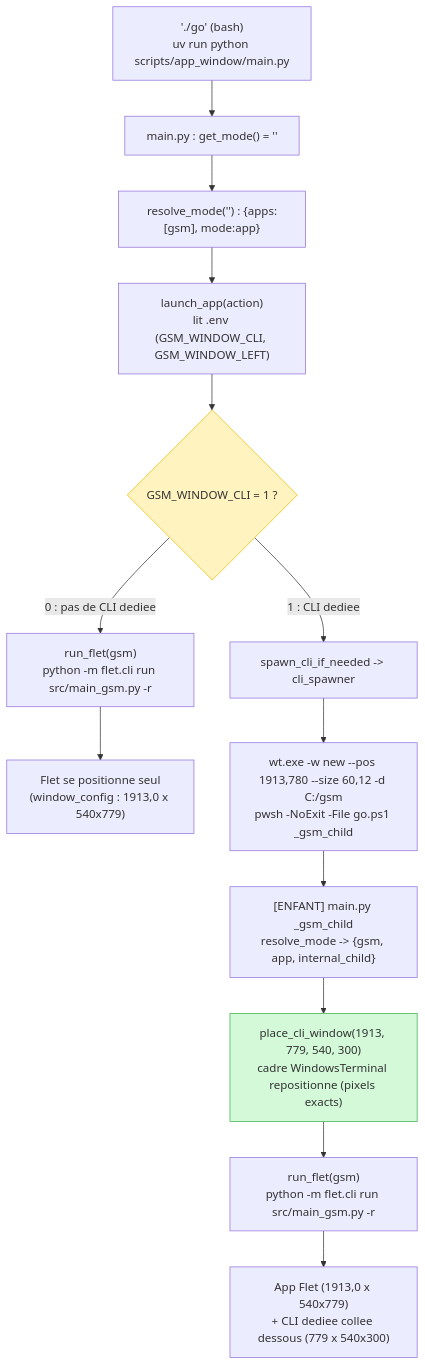
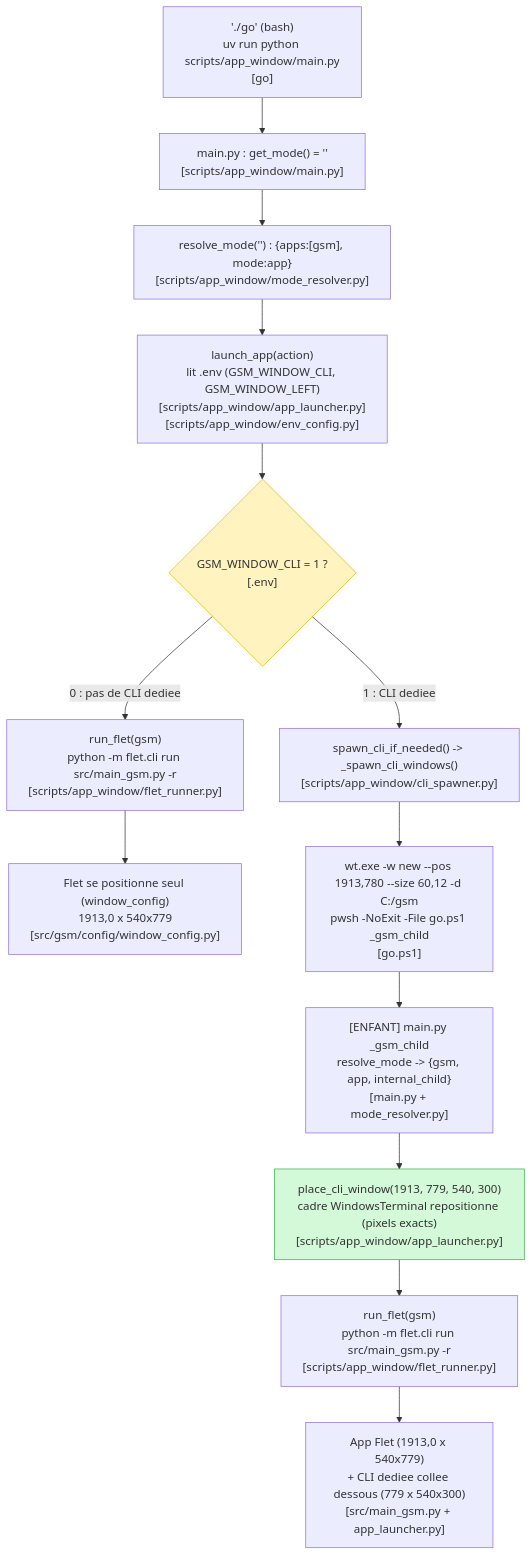
The diagram in scripts/app_window/ORGA.md (GrCOTE7/gsm), drawn with Mermaid before and after one commit. The commit also changed other lines of this file, not shown here.

Commit message:
↑ ORGA

````diff
--- a/scripts/app_window/ORGA.md
+++ b/scripts/app_window/ORGA.md
@@ -3,23 +19,22 @@
 ```mermaid
 flowchart TD
-    A["'./go' (bash)<br/>uv run python scripts/app_window/main.py"] --> B["main.py : get_mode() = ''"]
-    B --> C["resolve_mode('') : {apps:[gsm], mode:app}"]
-    C --> D["launch_app(action)<br/>lit .env (GSM_WINDOW_CLI, GSM_WINDOW_LEFT)"]
+    A["'./go' (bash)<br/>uv run python scripts/app_window/main.py<br/>[go]"] --> B["main.py : get_mode() = ''<br/>[scripts/app_window/main.py]"]
+    B --> C["resolve_mode('') : {apps:[gsm], mode:app}<br/>[scripts/app_window/mode_resolver.py]"]
+    C --> D["launch_app(action)<br/>lit .env (GSM_WINDOW_CLI, GSM_WINDOW_LEFT)<br/>[scripts/app_window/app_launcher.py]<br/>[scripts/app_window/env_config.py]"]
 
-    D --> E{"GSM_WINDOW_CLI = 1 ?"}
+    D --> E{"GSM_WINDOW_CLI = 1 ?<br/>[.env]"}
 
-    E -- "0 : pas de CLI dediee" --> F["run_flet(gsm)<br/>python -m flet.cli run src/main_gsm.py -r"]
-    F --> G["Flet se positionne seul<br/>(window_config : 1913,0 x 540x779)"]
+    E -- "0 : pas de CLI dediee" --> F["run_flet(gsm)<br/>python -m flet.cli run src/main_gsm.py -r<br/>[scripts/app_window/flet_runner.py]"]
+    F --> G["Flet se positionne seul (window_config)<br/>1913,0 x 540x779<br/>[src/gsm/config/window_config.py]"]
 
-    E -- "1 : CLI dediee" --> H["spawn_cli_if_needed -> cli_spawner"]
-    H --> I["wt.exe -w new --pos 1913,780 --size 60,12 -d C:/gsm<br/>pwsh -NoExit -File go.ps1 _gsm_child"]
+    E -- "1 : CLI dediee" --> H["spawn_cli_if_needed() -> _spawn_cli_windows()<br/>[scripts/app_window/cli_spawner.py]"]
+    H --> I["wt.exe -w new --pos 1913,780 --size 60,12 -d C:/gsm<br/>pwsh -NoExit -File go.ps1 _gsm_child<br/>[go.ps1]"]
 
-    I --> J["[ENFANT] main.py _gsm_child<br/>resolve_mode -> {gsm, app, internal_child}"]
-    J --> K["place_cli_window(1913, 779, 540, 300)<br/>cadre WindowsTerminal repositionne (pixels exacts)"]
-    K --> L["run_flet(gsm)<br/>python -m flet.cli run src/main_gsm.py -r"]
-    L --> M["App Flet (1913,0 x 540x779)<br/>+ CLI dediee collee dessous (779 x 540x300)"]
+    I --> J["[ENFANT] main.py _gsm_child<br/>resolve_mode -> {gsm, app, internal_child}<br/>[main.py + mode_resolver.py]"]
+    J --> K["place_cli_window(1913, 779, 540, 300)<br/>cadre WindowsTerminal repositionne (pixels exacts)<br/>[scripts/app_window/app_launcher.py]"]
+    K --> L["run_flet(gsm)<br/>python -m flet.cli run src/main_gsm.py -r<br/>[scripts/app_window/flet_runner.py]"]
+    L --> M["App Flet (1913,0 x 540x779)<br/>+ CLI dediee collee dessous (779 x 540x300)<br/>[src/main_gsm.py + app_launcher.py]"]
 
     style E fill:#fff3bf,stroke:#e6b800
     style K fill:#d3f9d8,stroke:#37b24d
-
 ```
````
